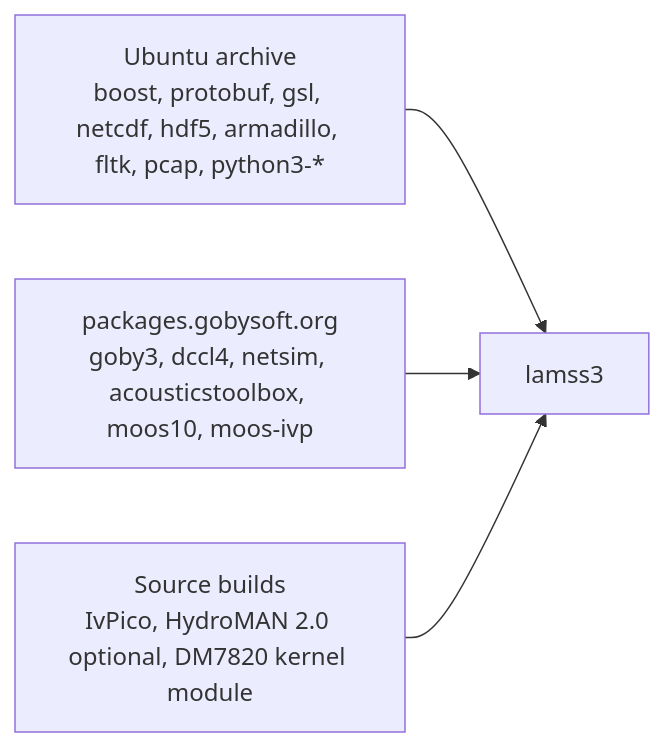
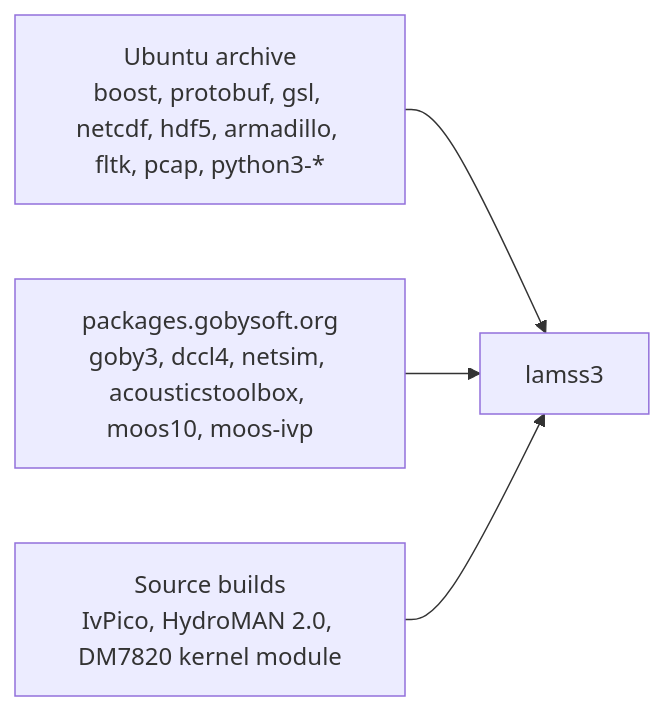
The first of 2 diagrams in core/src/doc/plan/claude/04-dependencies-ci-packaging.md (GobySoft/lamss3), drawn with Mermaid before and after one commit. The commit also changed other lines of this file and 7 other files, not shown here.

First line of the commit message:
Support external HydroMAN 2.0 only

````diff
--- a/core/src/doc/plan/claude/04-dependencies-ci-packaging.md
+++ b/core/src/doc/plan/claude/04-dependencies-ci-packaging.md
@@ -18,6 +18,6 @@
 ```mermaid
 flowchart LR
   apt[Ubuntu archive<br/>boost, protobuf, gsl, netcdf, hdf5, armadillo, fltk, pcap, python3-*] --> lamss3
   goby[packages.gobysoft.org<br/>goby3, dccl4, netsim, acousticstoolbox, moos10, moos-ivp] --> lamss3
-  src[Source builds<br/>IvPico, HydroMAN 2.0 optional, DM7820 kernel module] --> lamss3
+  src[Source builds<br/>IvPico, HydroMAN 2.0, DM7820 kernel module] --> lamss3
 ```
````
